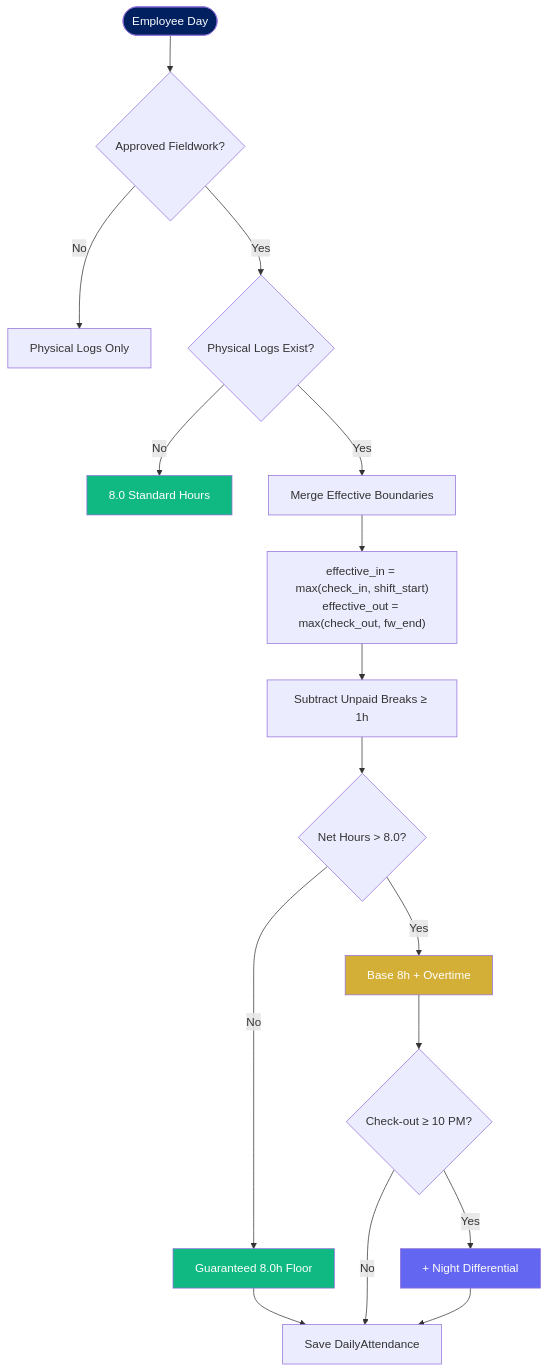
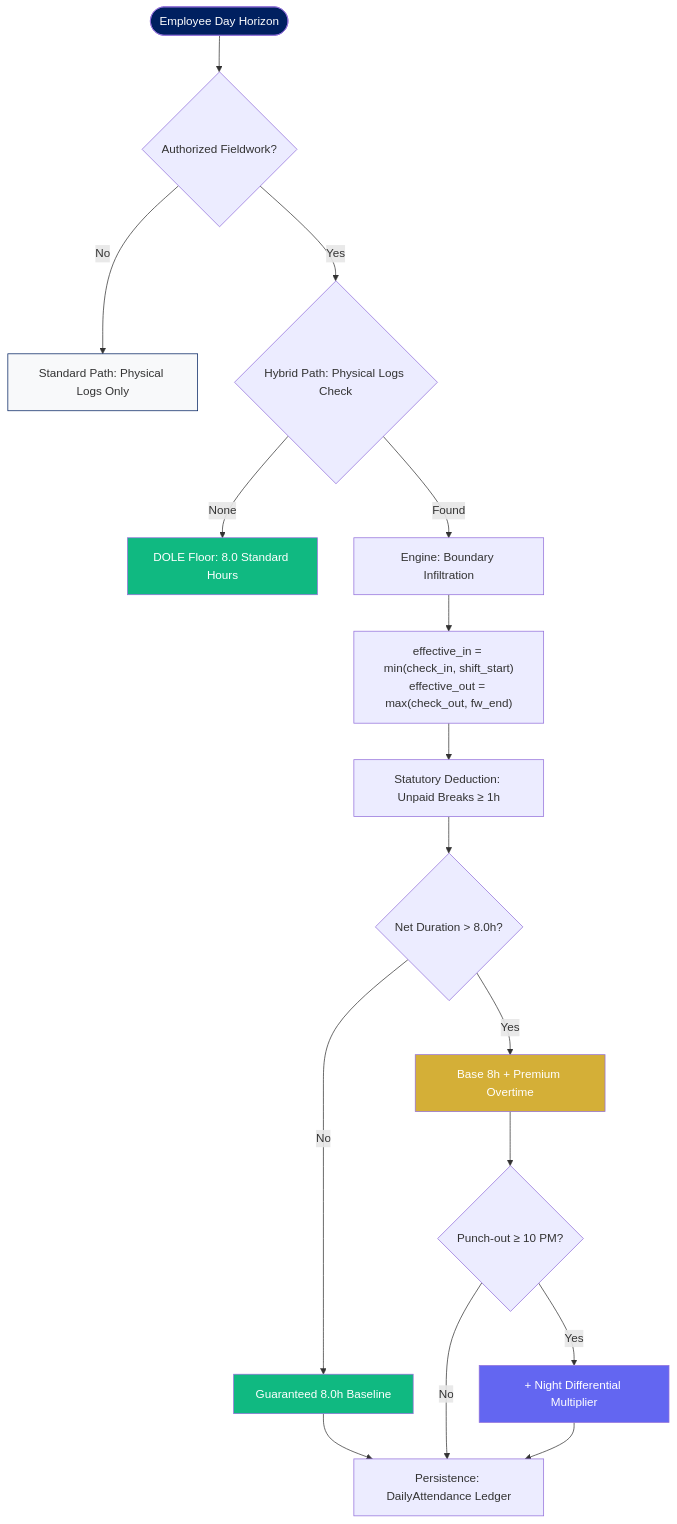
Before and after one commit to binssente-crypto/PAYROLL-DOCUMENTATION: the third of 11 diagrams in README.md, drawn with Mermaid. The commit also changed other lines of this file, not shown here.

First line of the commit message:
Revise README for BizMaker Premium Payroll & ERP Suite

````diff
--- a/README.md
+++ b/README.md
@@ -101,28 +124,29 @@
 ```mermaid
 flowchart TD
-    START([Employee Day]) --> FW{Approved Fieldwork?}
-    FW -- No --> PHYS[Physical Logs Only]
-    FW -- Yes --> LOGS{Physical Logs Exist?}
+    START([Employee Day Horizon]) --> FW{Authorized Fieldwork?}
+    FW -- "No" --> PHYS[Standard Path: Physical Logs Only]
+    FW -- "Yes" --> LOGS{Hybrid Path: Physical Logs Check}
     
-    LOGS -- No --> BASE[8.0 Standard Hours]
-    LOGS -- Yes --> MERGE[Merge Effective Boundaries]
+    LOGS -- "None" --> BASE[DOLE Floor: 8.0 Standard Hours]
+    LOGS -- "Found" --> MERGE[Engine: Boundary Infiltration]
     
-    MERGE --> EFF["effective_in = max(check_in, shift_start)<br/>effective_out = max(check_out, fw_end)"]
-    EFF --> BREAKS[Subtract Unpaid Breaks ≥ 1h]
-    BREAKS --> CALC{Net Hours > 8.0?}
+    MERGE --> EFF["effective_in = min(check_in, shift_start)<br/>effective_out = max(check_out, fw_end)"]
+    EFF --> BREAKS[Statutory Deduction: Unpaid Breaks ≥ 1h]
+    BREAKS --> CALC{Net Duration > 8.0h?}
     
-    CALC -- Yes --> OT[Base 8h + Overtime]
-    CALC -- No --> FLOOR[Guaranteed 8.0h Floor]
+    CALC -- "Yes" --> OT[Base 8h + Premium Overtime]
+    CALC -- "No" --> FLOOR[Guaranteed 8.0h Baseline]
     
-    OT --> ND{Check-out ≥ 10 PM?}
-    FLOOR --> SAVE[Save DailyAttendance]
-    ND -- Yes --> NIGHT[+ Night Differential]
-    ND -- No --> SAVE
+    OT --> ND{Punch-out ≥ 10 PM?}
+    FLOOR --> SAVE[Persistence: DailyAttendance Ledger]
+    ND -- "Yes" --> NIGHT[+ Night Differential Multiplier]
+    ND -- "No" --> SAVE
     NIGHT --> SAVE
 
     style START fill:#002060,color:#fff
     style BASE fill:#10b981,color:#fff
     style OT fill:#D4AF37,color:#fff
     style NIGHT fill:#6366f1,color:#fff
     style FLOOR fill:#10b981,color:#fff
+    style PHYS fill:#f8f9fa,stroke:#002060
 ```
````
